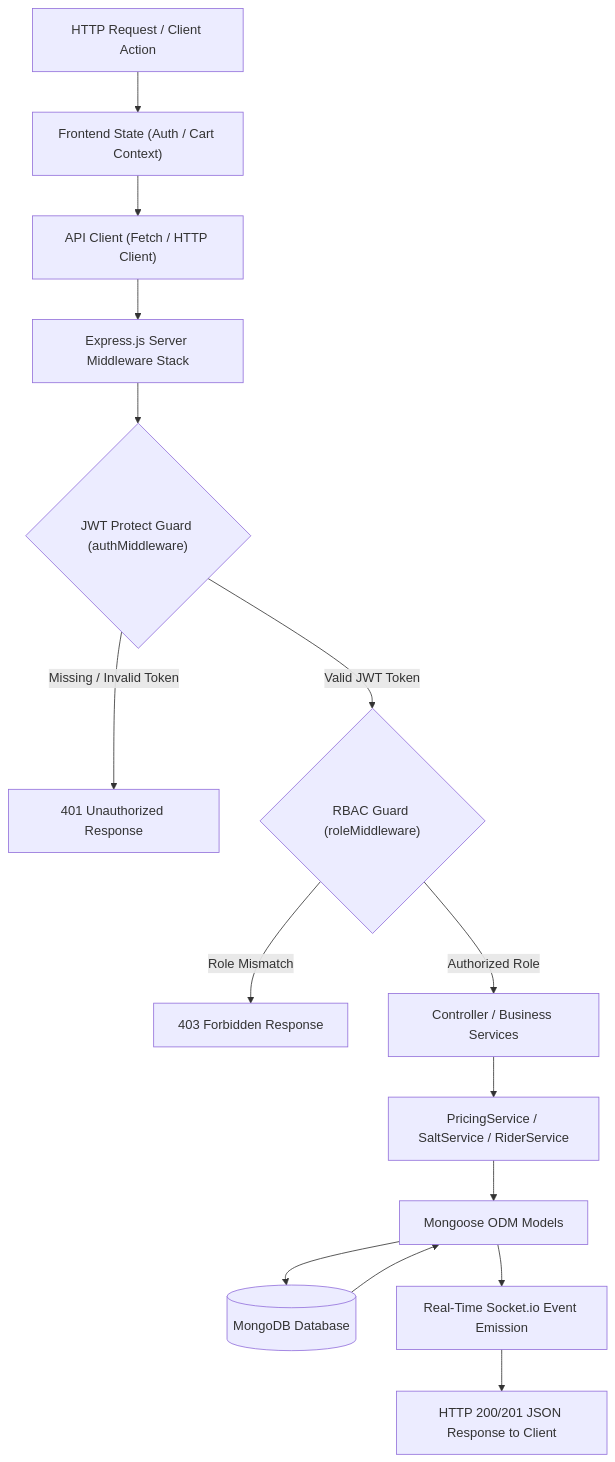
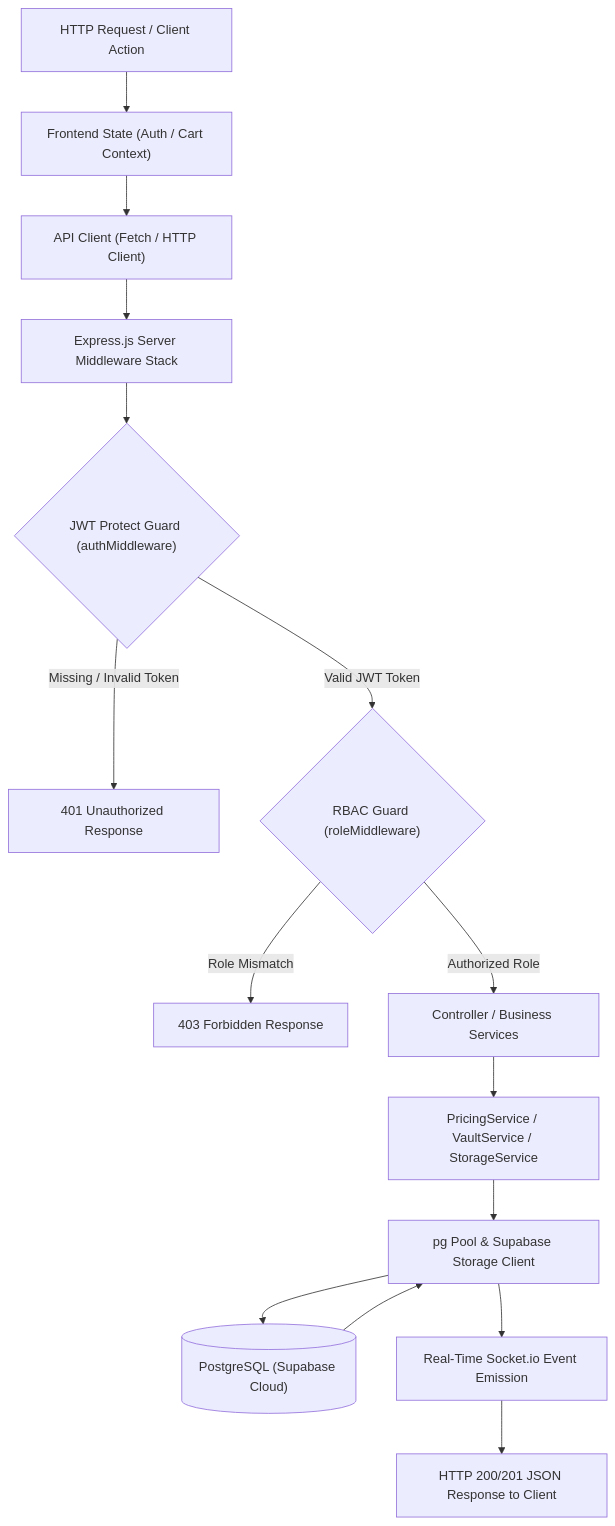
The second of 5 diagrams in notes.md (em-srs/Medifly), drawn with Mermaid before and after one commit. The commit also changed other lines of this file and 1 other file, not shown here.

Commit message:
docs: update README.md and notes.md with Phase 5 audit, prescription storage architecture, and PostgreSQL diagrams

````diff
--- a/notes.md
+++ b/notes.md
@@ -68,17 +70,17 @@
 ```mermaid
 graph TD
     A["HTTP Request / Client Action"] --> B["Frontend State (Auth / Cart Context)"]
     B --> C["API Client (Fetch / HTTP Client)"]
     C --> D["Express.js Server Middleware Stack"]
     D --> E{"JWT Protect Guard (authMiddleware)"}
     E -- "Missing / Invalid Token" --> F["401 Unauthorized Response"]
     E -- "Valid JWT Token" --> G{"RBAC Guard (roleMiddleware)"}
     G -- "Role Mismatch" --> H["403 Forbidden Response"]
     G -- "Authorized Role" --> I["Controller / Business Services"]
-    I --> J["PricingService / SaltService / RiderService"]
-    J --> K["Mongoose ODM Models"]
-    K --> L[("MongoDB Database")]
+    I --> J["PricingService / VaultService / StorageService"]
+    J --> K["pg Pool & Supabase Storage Client"]
+    K --> L[("PostgreSQL (Supabase Cloud)")]
     L --> K
     K --> M["Real-Time Socket.io Event Emission"]
     M --> N["HTTP 200/201 JSON Response to Client"]
 ```
````
